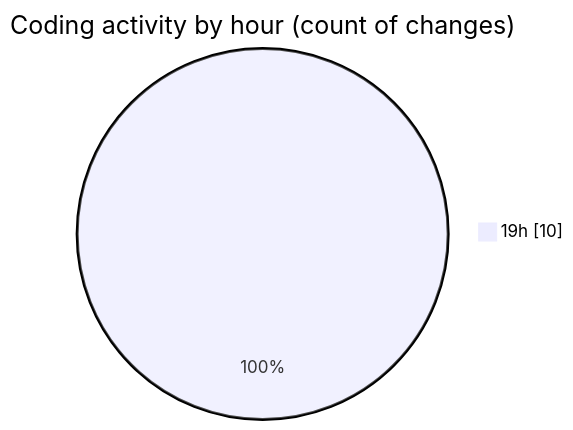
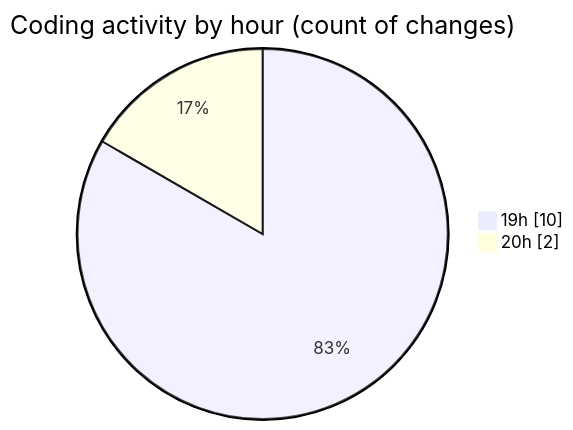
Before and after one commit to robertbonfada/code-tracking: the second of 2 diagrams in 2025-11-11/mbc-web/README.md, drawn with Mermaid. The commit also changed other lines of this file and 1 other file, not shown here.

````diff
--- a/2025-11-11/mbc-web/README.md
+++ b/2025-11-11/mbc-web/README.md
@@ -32,5 +32,6 @@
 ```mermaid
 pie showData
 title Coding activity by hour (count of changes)
 "19h" : 10
+"20h" : 2
 ```
````
